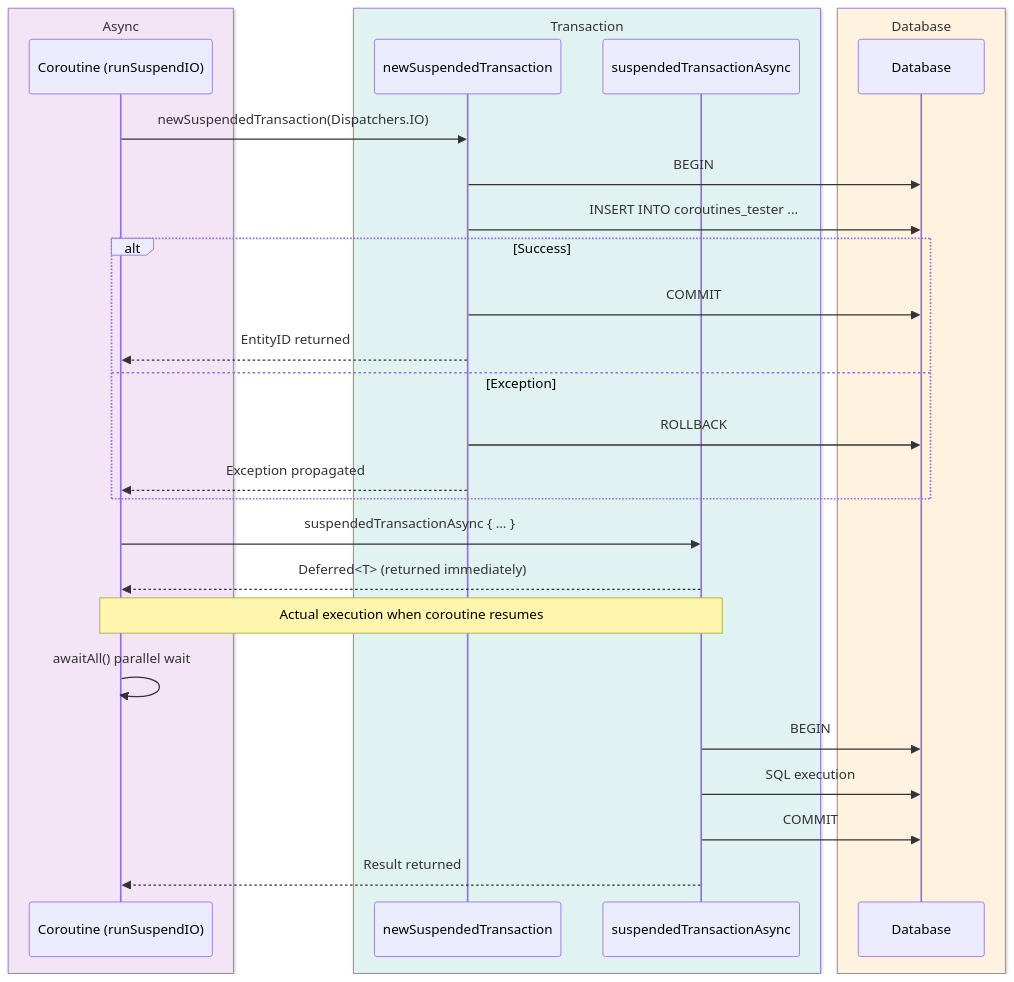
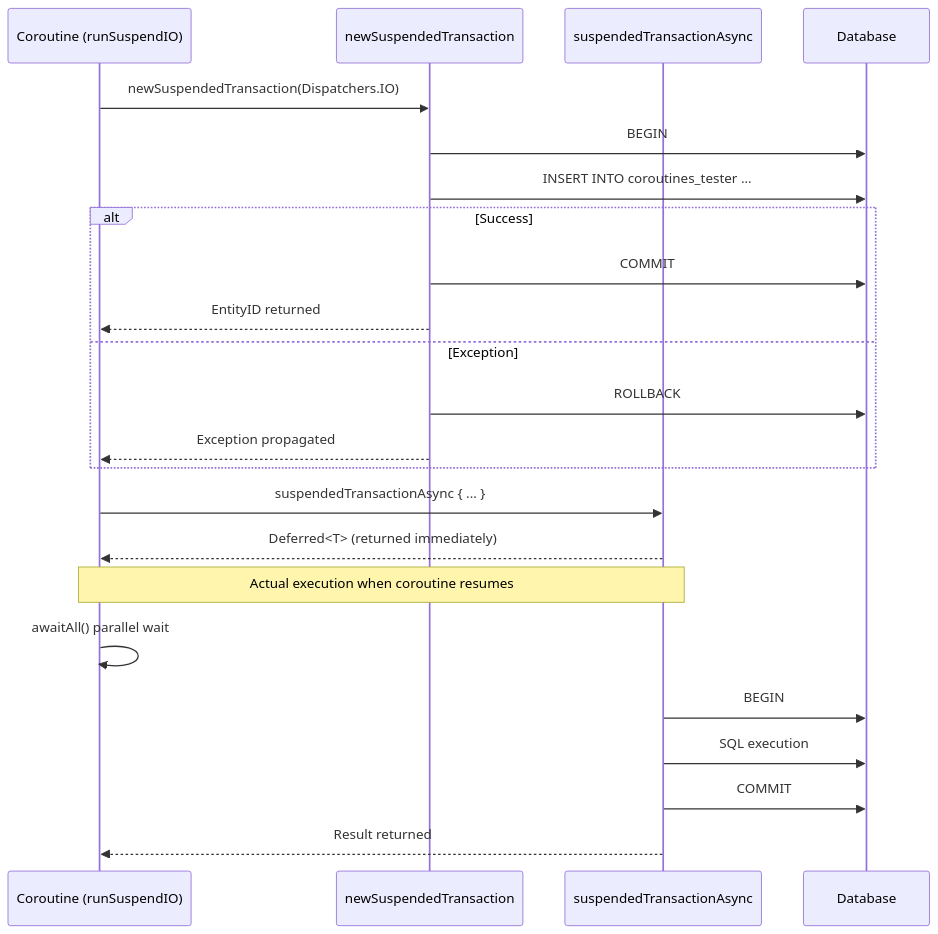
One commit to bluetape4k/exposed-workshop changed the first of 3 diagrams in 08-coroutines/01-coroutines-basic/README.md. Above: the diagram before and after it, drawn with Mermaid. The commit also changed other lines of this file and 42 other files, not shown here.

First line of the commit message:
docs: sequence diagram에서 box rgb() 제거 (option 1 - GitHub dark mode 기본 렌더링 사용)

````diff
--- a/08-coroutines/01-coroutines-basic/README.md
+++ b/08-coroutines/01-coroutines-basic/README.md
@@ -63,34 +63,28 @@
 ```mermaid
 %%{init: {"theme": "neutral", "themeVariables": {"fontFamily": "'Comic Mono', 'goorm sans code', 'JetBrains Mono', 'goorm sans'"}}}%%
 sequenceDiagram
-    box rgb(243, 229, 245) Async
-        participant C as Coroutine (runSuspendIO)
-    end
-    box rgb(224, 242, 241) Transaction
-        participant T1 as newSuspendedTransaction
-        participant T2 as suspendedTransactionAsync
-    end
-    box rgb(255, 243, 224) Database
-        participant DB as Database
-    end
+    participant C as Coroutine (runSuspendIO)
+    participant T1 as newSuspendedTransaction
+    participant T2 as suspendedTransactionAsync
+    participant DB as Database
 
     C->>T1: newSuspendedTransaction(Dispatchers.IO)
     T1->>DB: BEGIN
     T1->>DB: INSERT INTO coroutines_tester ...
     alt Success
         T1->>DB: COMMIT
         T1-->>C: EntityID returned
     else Exception
         T1->>DB: ROLLBACK
         T1-->>C: Exception propagated
     end
 
     C->>T2: suspendedTransactionAsync { ... }
     T2-->>C: Deferred<T> (returned immediately)
     Note over C,T2: Actual execution when coroutine resumes
     C->>C: awaitAll() parallel wait
     T2->>DB: BEGIN
     T2->>DB: SQL execution
     T2->>DB: COMMIT
     T2-->>C: Result returned
 ```
````
